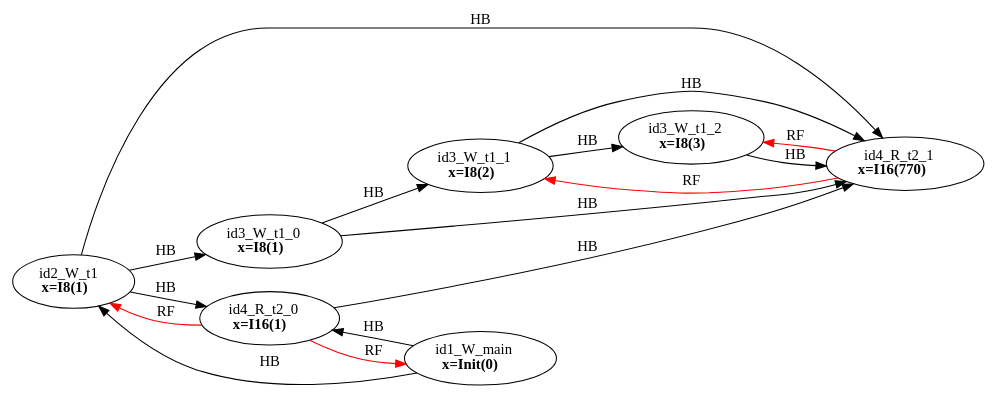
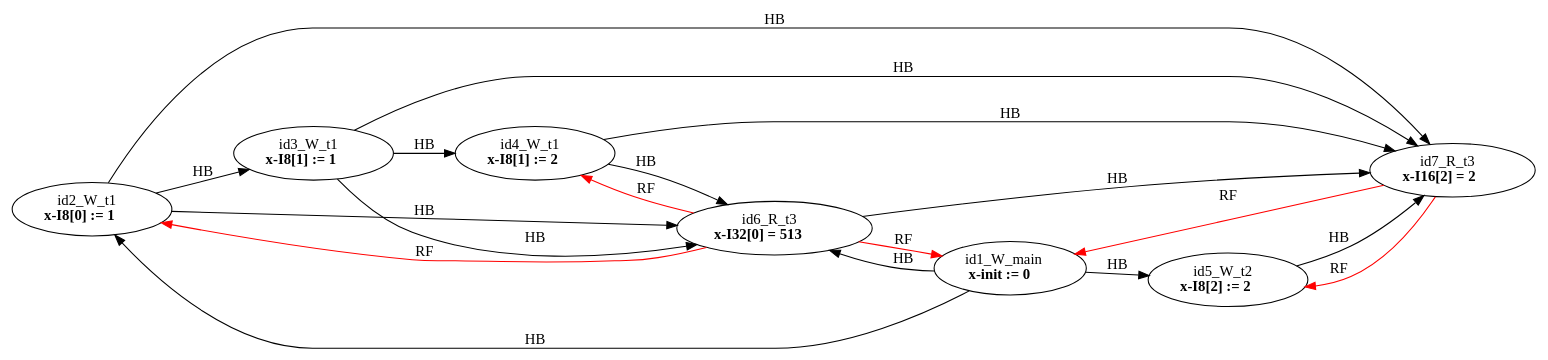
One commit to FMJS/EMME changed the diagram in examples/single_var/sv_simple17/mm8.dot. Above: the diagram before and after it, drawn with Graphviz. The commit also changed 481 other files, not shown here.

```diff
--- a/examples/single_var/sv_simple17/mm8.dot
+++ b/examples/single_var/sv_simple17/mm8.dot
@@ -1,26 +1,29 @@
 digraph memory_model {
 rankdir=LR;
 splines=true; esep=0.5;
-id2_W_t1 -> id3_W_t1_0 [label = "HB", color="black"];
-id3_W_t1_0 -> id3_W_t1_1 [label = "HB", color="black"];
-id3_W_t1_1 -> id3_W_t1_2 [label = "HB", color="black"];
-id4_R_t2_0 -> id4_R_t2_1 [label = "HB", color="black"];
+id2_W_t1 -> id3_W_t1 [label = "HB", color="black"];
+id3_W_t1 -> id4_W_t1 [label = "HB", color="black"];
+id6_R_t3 -> id7_R_t3 [label = "HB", color="black"];
 id1_W_main -> id2_W_t1 [label = "HB", color="black"];
-id1_W_main -> id4_R_t2_0 [label = "HB", color="black"];
-id2_W_t1 -> id4_R_t2_0 [label = "HB", color="black"];
-id2_W_t1 -> id4_R_t2_1 [label = "HB", color="black"];
-id3_W_t1_0 -> id4_R_t2_1 [label = "HB", color="black"];
-id3_W_t1_1 -> id4_R_t2_1 [label = "HB", color="black"];
-id3_W_t1_2 -> id4_R_t2_1 [label = "HB", color="black"];
-id4_R_t2_0 -> id1_W_main [label = "RF", color="red"];
-id4_R_t2_0 -> id2_W_t1 [label = "RF", color="red"];
-id4_R_t2_1 -> id3_W_t1_1 [label = "RF", color="red"];
-id4_R_t2_1 -> id3_W_t1_2 [label = "RF", color="red"];
-id1_W_main [label=<id1_W_main<br/><B>x=Init(0)</B>>, pos="2.5,8!"]
-id2_W_t1 [label=<id2_W_t1<br/><B>x=I8(1)</B>>, pos="0,6!"]
-id3_W_t1_0 [label=<id3_W_t1_0<br/><B>x=I8(1)</B>>, pos="0,4!"]
-id3_W_t1_1 [label=<id3_W_t1_1<br/><B>x=I8(2)</B>>, pos="0,2!"]
-id3_W_t1_2 [label=<id3_W_t1_2<br/><B>x=I8(3)</B>>, pos="0,0!"]
-id4_R_t2_0 [label=<id4_R_t2_0<br/><B>x=I16(1)</B>>, pos="5,6!"]
-id4_R_t2_1 [label=<id4_R_t2_1<br/><B>x=I16(770)</B>>, pos="5,4!"]
+id1_W_main -> id5_W_t2 [label = "HB", color="black"];
+id1_W_main -> id6_R_t3 [label = "HB", color="black"];
+id2_W_t1 -> id6_R_t3 [label = "HB", color="black"];
+id2_W_t1 -> id7_R_t3 [label = "HB", color="black"];
+id3_W_t1 -> id6_R_t3 [label = "HB", color="black"];
+id3_W_t1 -> id7_R_t3 [label = "HB", color="black"];
+id4_W_t1 -> id6_R_t3 [label = "HB", color="black"];
+id4_W_t1 -> id7_R_t3 [label = "HB", color="black"];
+id5_W_t2 -> id7_R_t3 [label = "HB", color="black"];
+id6_R_t3 -> id1_W_main [label = "RF", color="red"];
+id6_R_t3 -> id2_W_t1 [label = "RF", color="red"];
+id6_R_t3 -> id4_W_t1 [label = "RF", color="red"];
+id7_R_t3 -> id1_W_main [label = "RF", color="red"];
+id7_R_t3 -> id5_W_t2 [label = "RF", color="red"];
+id1_W_main [label=<id1_W_main<br/><B>x-init := 0</B>>, pos="5.0,6!"]
+id2_W_t1 [label=<id2_W_t1<br/><B>x-I8[0] := 1</B>>, pos="0,4!"]
+id3_W_t1 [label=<id3_W_t1<br/><B>x-I8[1] := 1</B>>, pos="0,2!"]
+id4_W_t1 [label=<id4_W_t1<br/><B>x-I8[1] := 2</B>>, pos="0,0!"]
+id5_W_t2 [label=<id5_W_t2<br/><B>x-I8[2] := 2</B>>, pos="5,4!"]
+id6_R_t3 [label=<id6_R_t3<br/><B>x-I32[0] = 513</B>>, pos="10,4!"]
+id7_R_t3 [label=<id7_R_t3<br/><B>x-I16[2] = 2</B>>, pos="10,2!"]
 }
```
